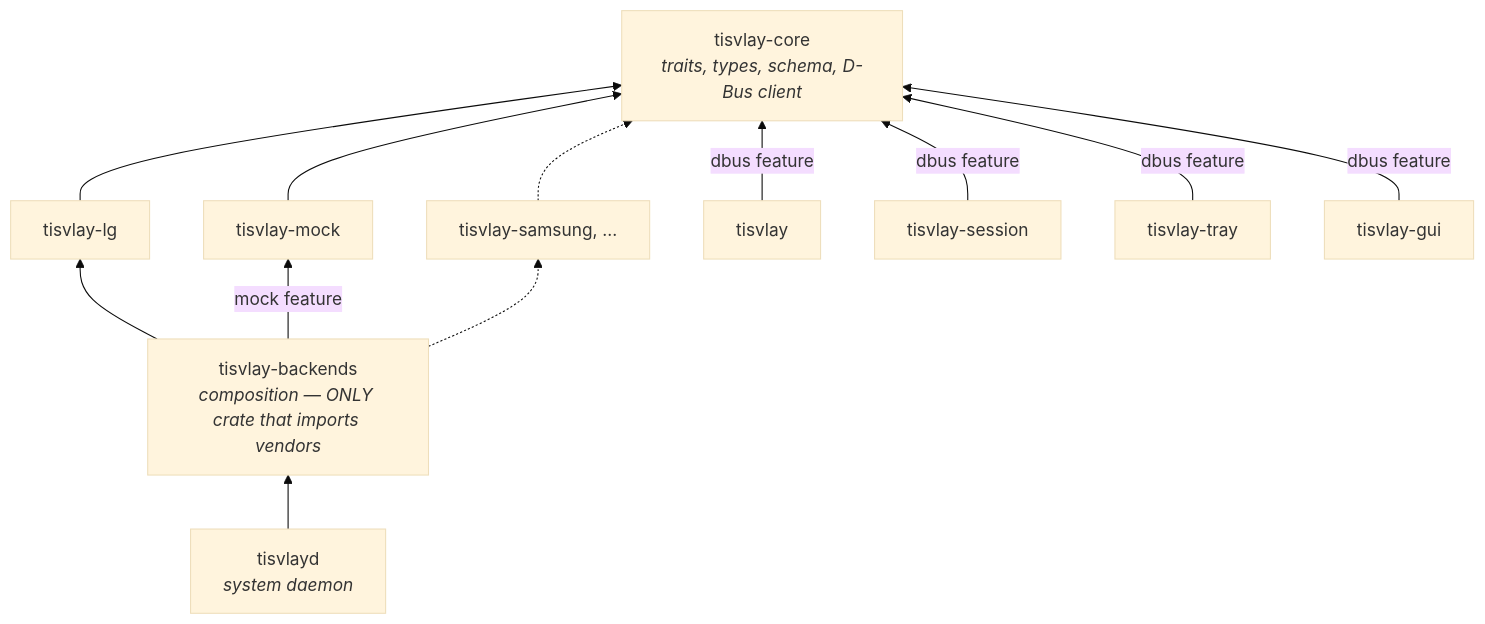
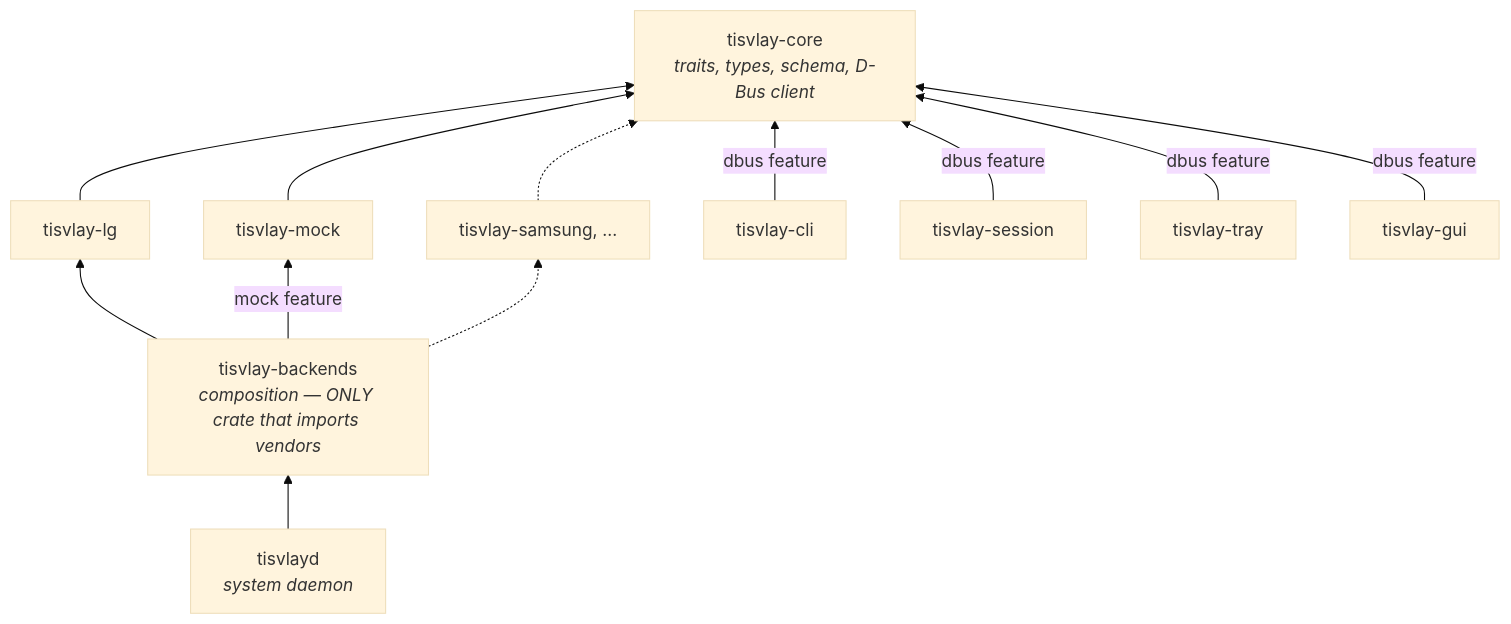
Before and after one commit to TisVlay/TisVlay: the second of 4 diagrams in docs/design.md, drawn with Mermaid (base theme). The commit also changed other lines of this file and 19 other files, not shown here.

First line of the commit message:
refactor: revert the tisvlay-cli rename; add a `tisvlay` client-SDK facade

````diff
--- a/docs/design.md
+++ b/docs/design.md
@@ -66,25 +67,25 @@
 ```mermaid
 graph BT
     core["tisvlay-core<br/><i>traits, types, schema, D-Bus client</i>"]
     lg["tisvlay-lg"]
     mock["tisvlay-mock"]
     samsung["tisvlay-samsung, ..."]
     backends["tisvlay-backends<br/><i>composition — ONLY crate that imports vendors</i>"]
     daemon["tisvlayd<br/><i>system daemon</i>"]
-    cli["tisvlay"]
+    cli["tisvlay-cli"]
     session["tisvlay-session"]
     tray["tisvlay-tray"]
     gui["tisvlay-gui"]
 
     lg --> core
     mock --> core
     samsung -.-> core
     backends --> lg
     backends -->|"mock feature"| mock
     backends -.-> samsung
     daemon --> backends
     cli -->|"dbus feature"| core
     session -->|"dbus feature"| core
     tray -->|"dbus feature"| core
     gui -->|"dbus feature"| core
 ```
````
